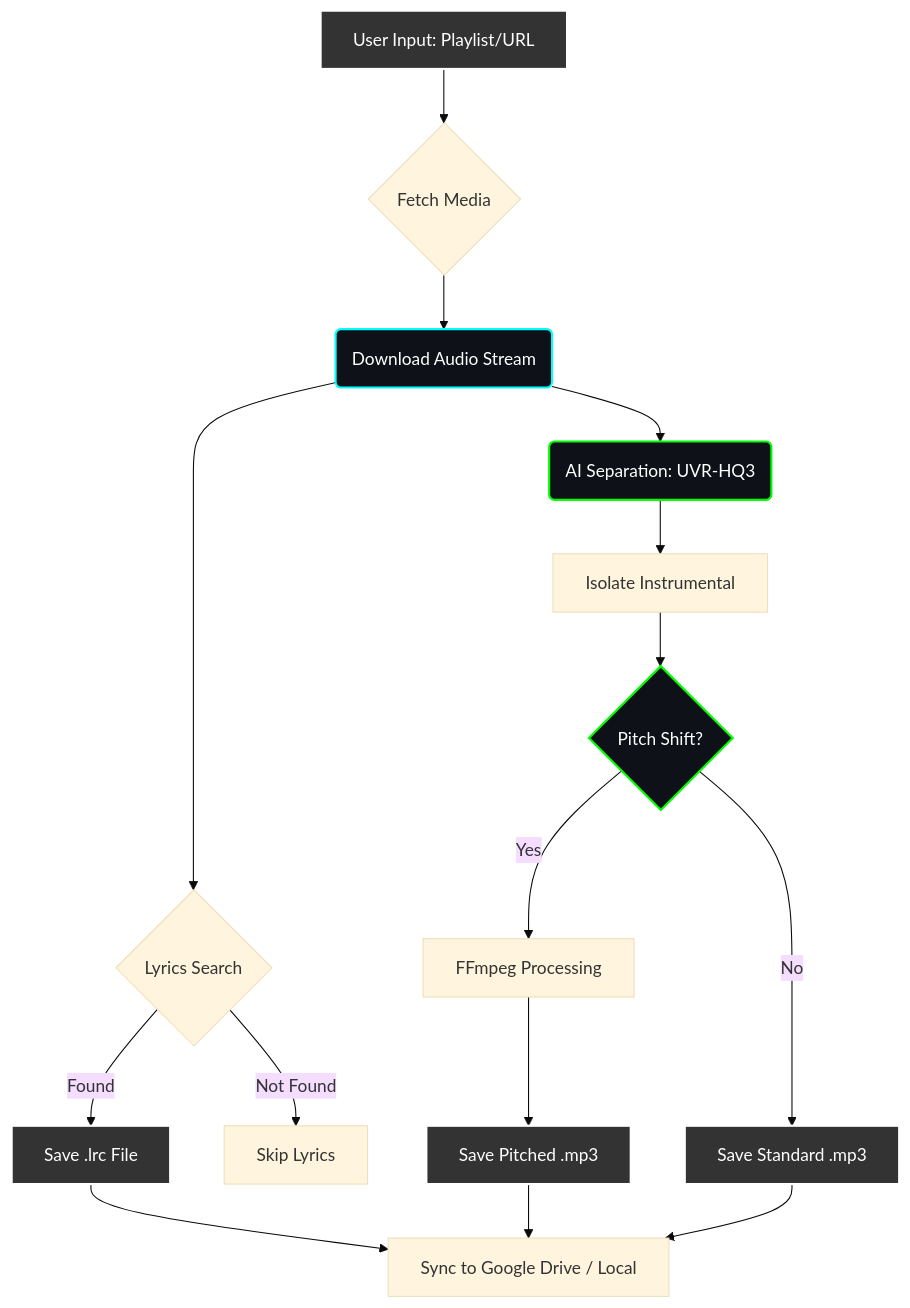
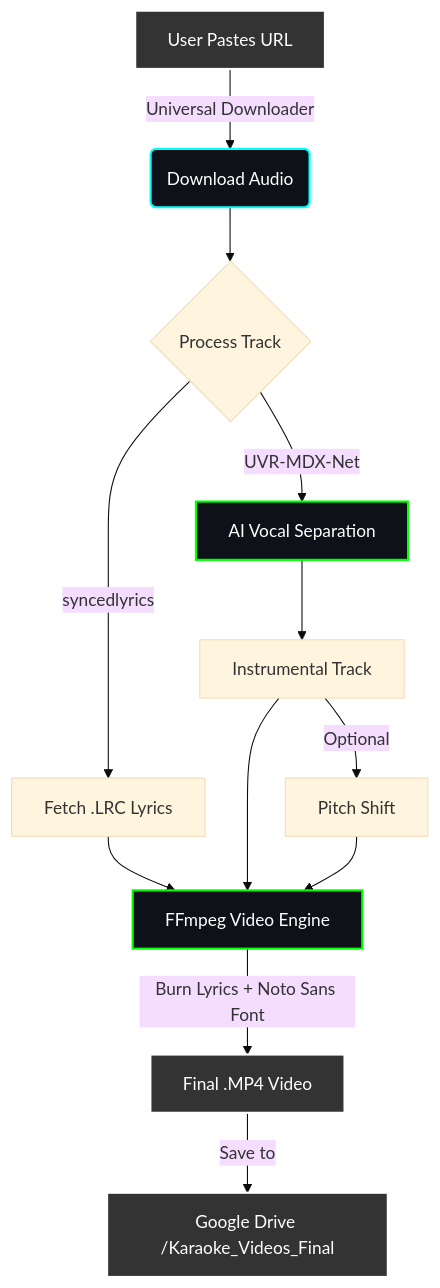
Before and after one commit to vg2601/Karaoke-Cloud: the diagram in README.md, drawn with Mermaid (base theme). The commit also changed other lines of this file, not shown here.

````diff
--- a/README.md
+++ b/README.md
@@ -26,36 +39,31 @@
 ```mermaid
 graph TD
     %% Input Stage
-    A[User Input: Playlist/URL] --> B{Fetch Media}
-    B --> C(Download Audio Stream)
-
-    %% Parallel Processing
-    C --> D{Lyrics Search}
-    D -->|Found| E[Save .lrc File]
-    D -->|Not Found| F[Skip Lyrics]
-
-    C --> G(AI Separation: UVR-HQ3)
+    A[User Pastes URL] -->|Universal Downloader| B(Download Audio)
+    B --> C{Process Track}
     
-    %% Output Stage
-    G --> H[Isolate Instrumental]
+    %% AI Processing
+    C -->|syncedlyrics| D[Fetch .LRC Lyrics]
+    C -->|UVR-MDX-Net| E[AI Vocal Separation]
     
-    %% Pitch Logic
-    H --> I{Pitch Shift?}
-    I -->|Yes| J[FFmpeg Processing] --> K[Save Pitched .mp3]
-    I -->|No| L[Save Standard .mp3]
-
-    %% Final Sync
-    E --> M[Sync to Google Drive / Local]
-    K --> M
-    L --> M
+    %% Audio Output
+    E --> F[Instrumental Track]
+    F -->|Optional| G[Pitch Shift]
+    
+    %% Video Generation
+    D & F & G --> H[FFmpeg Video Engine]
+    H -->|Burn Lyrics + Noto Sans Font| I[Final .MP4 Video]
+    
+    %% Storage
+    I -->|Save to| J[Google Drive /Karaoke_Videos_Final]
     
     %% Styling
     classDef neonBlue fill:#0e1117,stroke:#00ffff,stroke-width:2px,color:#fff;
     classDef neonGreen fill:#0e1117,stroke:#00ff00,stroke-width:2px,color:#fff;
     classDef dark fill:#333,stroke:#fff,stroke-width:2px,color:#fff;
 
     class A dark;
-    class C neonBlue;
-    class G,I neonGreen;
-    class E,K,L dark;
+    class B neonBlue;
+    class E,H neonGreen;
+    class I,J dark;
 ```
````
